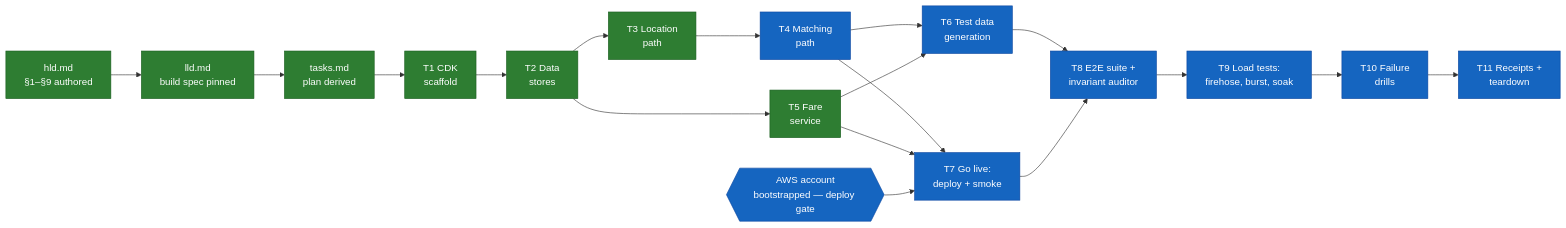
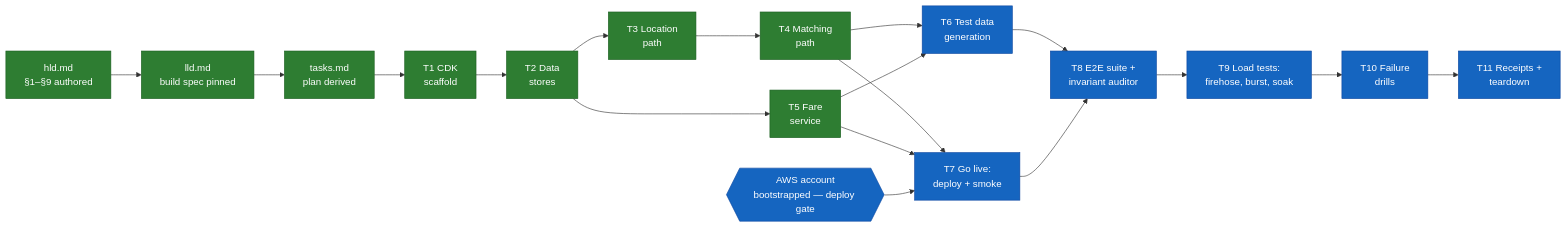
The diagram in uber-like-rides/docs/ledger.md (quannh0308/SystemDesignDeepDives), drawn with Mermaid before and after one commit. The commit also changed other lines of this file and 29 other files, not shown here.

````diff
--- a/uber-like-rides/docs/ledger.md
+++ b/uber-like-rides/docs/ledger.md
@@ -8,38 +8,38 @@
 ```mermaid
 flowchart LR
     DESIGN[hld.md<br/>§1–§9 authored]
     LLD[lld.md<br/>build spec pinned]
     PLAN[tasks.md<br/>plan derived]
     T1[T1 CDK<br/>scaffold]
     T2[T2 Data<br/>stores]
     T3[T3 Location<br/>path]
     T4[T4 Matching<br/>path]
     T5[T5 Fare<br/>service]
     T6[T6 Test data<br/>generation]
     T7[T7 Go live:<br/>deploy + smoke]
     T8[T8 E2E suite +<br/>invariant auditor]
     T9[T9 Load tests:<br/>firehose, burst, soak]
     T10[T10 Failure<br/>drills]
     T11[T11 Receipts +<br/>teardown]
     AWS{{AWS account<br/>bootstrapped — deploy gate}}
 
     DESIGN --> LLD --> PLAN --> T1
     T1 --> T2
     T2 --> T3
     T2 --> T5
     T3 --> T4
     T4 --> T6
     T5 --> T6
     T4 --> T7
     T5 --> T7
     AWS --> T7
     T6 --> T8
     T7 --> T8
     T8 --> T9 --> T10 --> T11
 
     classDef done fill:#2e7d32,color:#fff,stroke:#1b5e20
     classDef active fill:#ff8f00,color:#fff,stroke:#e65100
     classDef pending fill:#1565c0,color:#fff,stroke:#0d47a1
-    class DESIGN,LLD,PLAN,T1,T2,T3,T5 done
-    class T4,T6,T7,T8,T9,T10,T11,AWS pending
+    class DESIGN,LLD,PLAN,T1,T2,T3,T4,T5 done
+    class T6,T7,T8,T9,T10,T11,AWS pending
 ```
````
